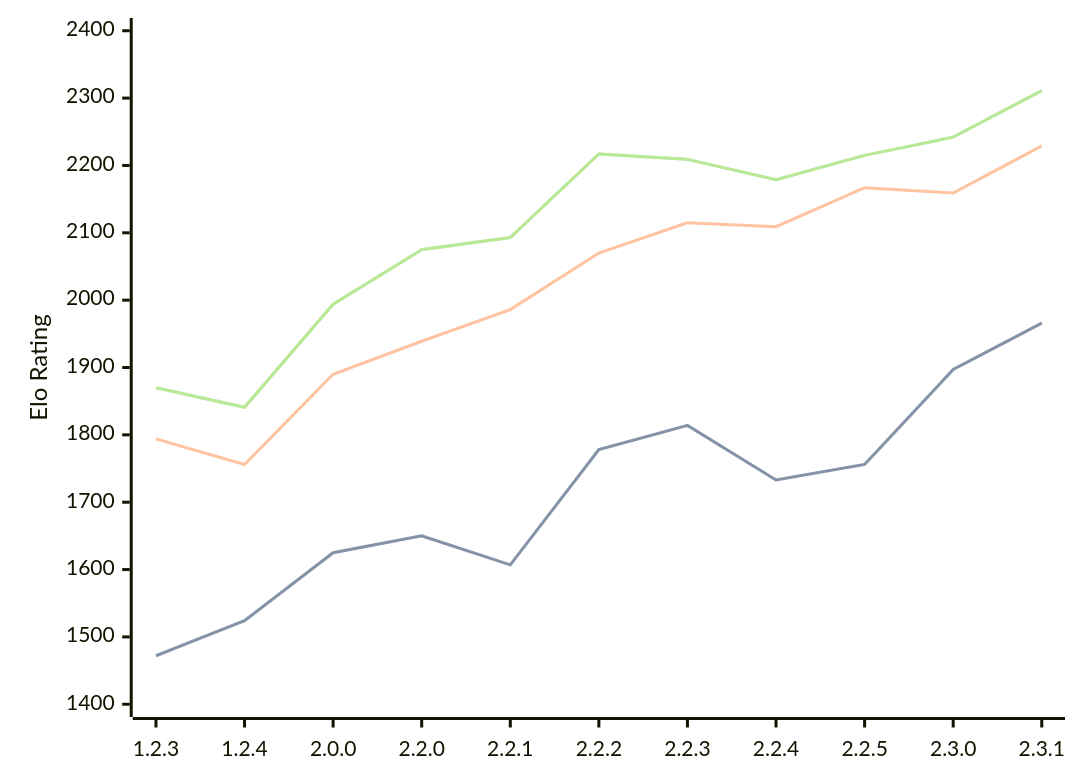
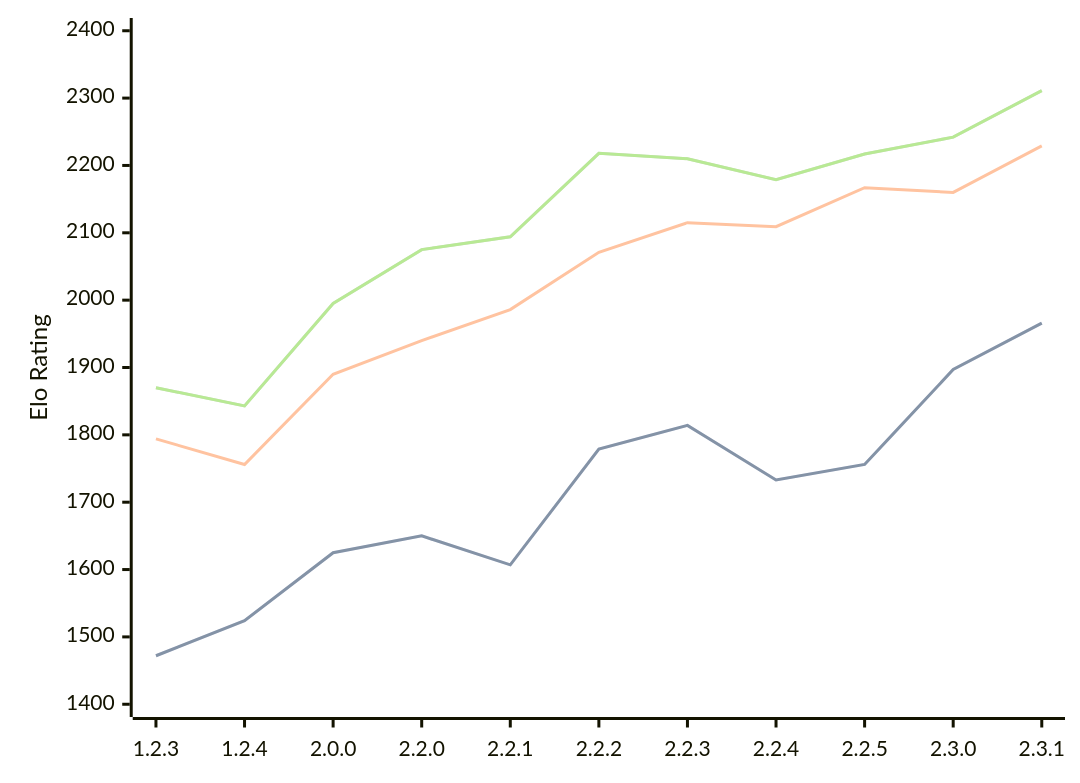
Before and after one commit to computer-chess-index/cci: the diagram in engines/Kreveta.md, drawn with Mermaid. The commit also changed other lines of this file, not shown here.

Commit message:
Update CCI Ratings (ELO VLTC) - 2026-09-07

````diff
--- a/engines/Kreveta.md
+++ b/engines/Kreveta.md
@@ -43,11 +43,11 @@
 ```mermaid
 %%{init: {"theme":"base","themeVariables":{"seriesColors:['#a3a3a3','#222221','#faa371']}}}%%
 xychart-beta
   x-axis ["1.2.3", "1.2.4", "2.0.0", "2.2.0", "2.2.1", "2.2.2", "2.2.3", "2.2.4", "2.2.5", "2.3.0", "2.3.1"]
   y-axis "Elo Rating" 1400 --> 2400
-  line "" [1472, 1524, 1625, 1650, 1607, 1778, 1814, 1733, 1756, 1897, 1966]
-  line "STC (8.0+0.08s)" [1472, 1524, 1625, 1650, 1607, 1778, 1814, 1733, 1756, 1897, 1966]
-  line "LTC (60.0+0.60s)" [1794, 1756, 1890, 1939, 1986, 2070, 2115, 2109, 2167, 2159, 2229]
-  line "" [1870, 1841, 1994, 2075, 2093, 2217, 2209, 2179, 2215, 2242, 2311]
-  line "VLTC (2m24s+1.12s)" [1870, 1841, 1994, 2075, 2093, 2217, 2209, 2179, 2215, 2242, 2311]
+  line "" [1472, 1524, 1625, 1650, 1607, 1779, 1814, 1733, 1756, 1897, 1966]
+  line "STC (8.0+0.08s)" [1472, 1524, 1625, 1650, 1607, 1779, 1814, 1733, 1756, 1897, 1966]
+  line "LTC (60.0+0.60s)" [1794, 1756, 1890, 1940, 1986, 2071, 2115, 2109, 2167, 2160, 2229]
+  line "" [1870, 1843, 1995, 2075, 2094, 2218, 2210, 2179, 2217, 2242, 2311]
+  line "VLTC (2m24s+1.12s)" [1870, 1843, 1995, 2075, 2094, 2218, 2210, 2179, 2217, 2242, 2311]
 ```
````
